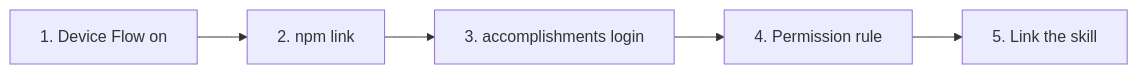
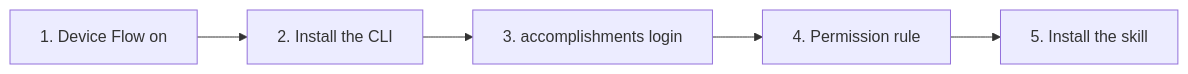
The diagram in docs/cli-setup.md (jlawcordova/jlawcordova-atproto), drawn with Mermaid before and after one commit. The commit also changed other lines of this file and 9 other files, not shown here.

First line of the commit message:
Release the CLI and skill from a cli-v tag (#18)

````diff
--- a/docs/cli-setup.md
+++ b/docs/cli-setup.md
@@ -8,7 +8,7 @@
 ```mermaid
 flowchart LR
-    Flow["1. Device Flow on"] --> Link["2. npm link"]
+    Flow["1. Device Flow on"] --> Link["2. Install the CLI"]
     Link --> Login["3. accomplishments login"]
     Login --> Perm["4. Permission rule"]
-    Perm --> Skill["5. Link the skill"]
+    Perm --> Skill["5. Install the skill"]
 ```
````
